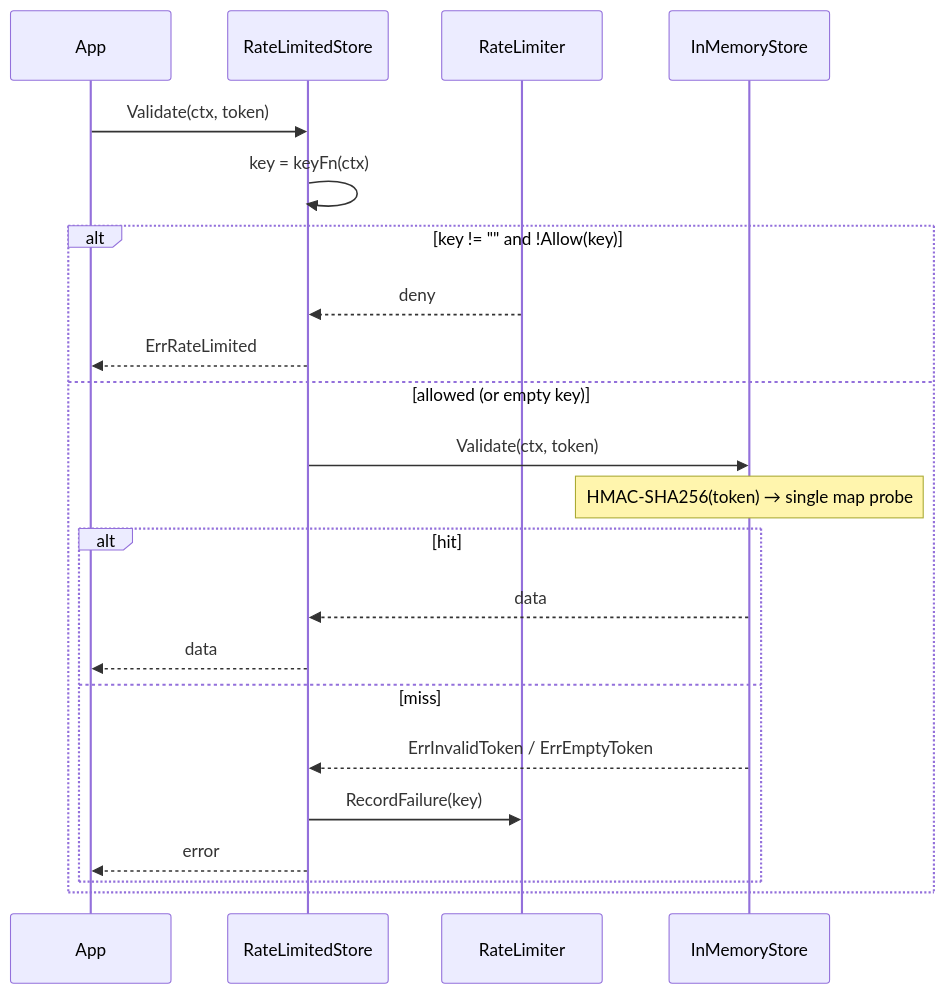
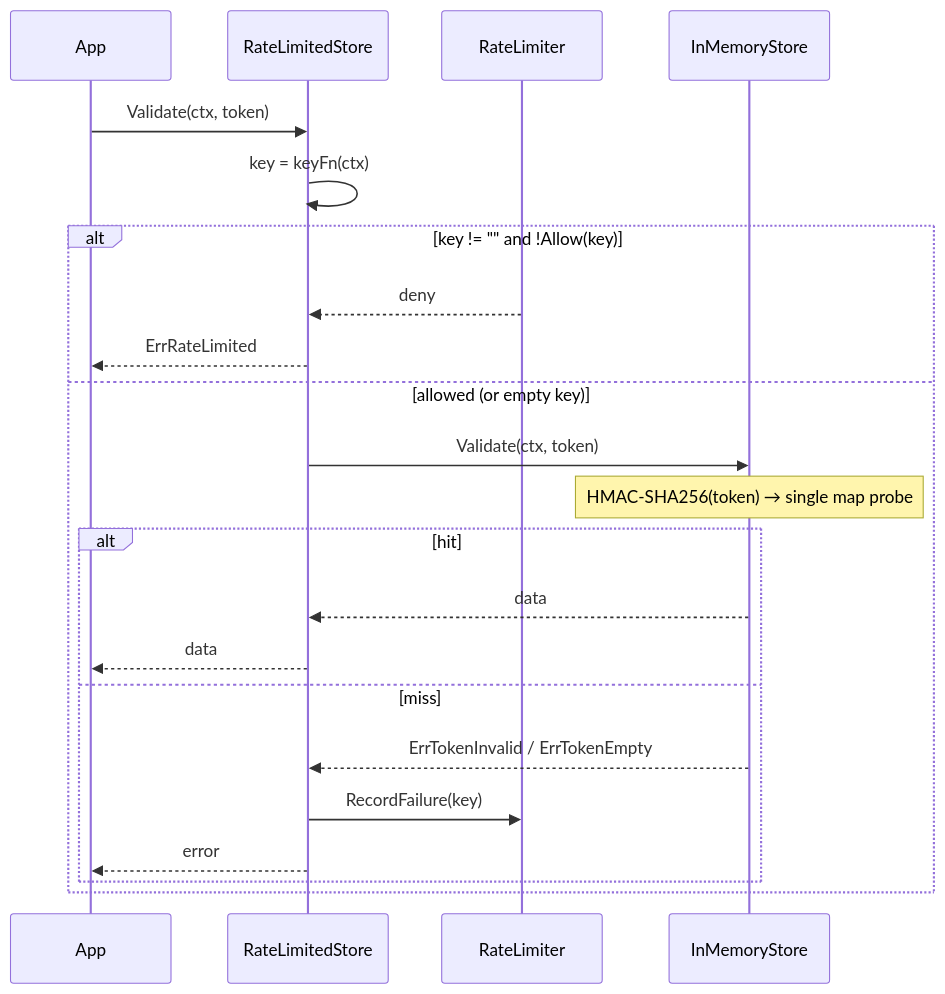
The second of 2 diagrams in docs/auth/static.md (altessa-s/go-atlas), drawn with Mermaid before and after one commit. The commit also changed other lines of this file and 27 other files, not shown here.

````diff
--- a/docs/auth/static.md
+++ b/docs/auth/static.md
@@ -82,24 +82,24 @@
 ```mermaid
 sequenceDiagram
     participant App
     participant RLS as RateLimitedStore
     participant L as RateLimiter
     participant S as InMemoryStore
     App->>RLS: Validate(ctx, token)
     RLS->>RLS: key = keyFn(ctx)
     alt key != "" and !Allow(key)
         L-->>RLS: deny
         RLS-->>App: ErrRateLimited
     else allowed (or empty key)
         RLS->>S: Validate(ctx, token)
         Note over S: HMAC-SHA256(token) → single map probe
         alt hit
             S-->>RLS: data
             RLS-->>App: data
         else miss
-            S-->>RLS: ErrInvalidToken / ErrEmptyToken
+            S-->>RLS: ErrTokenInvalid / ErrTokenEmpty
             RLS->>L: RecordFailure(key)
             RLS-->>App: error
         end
     end
 ```
````
